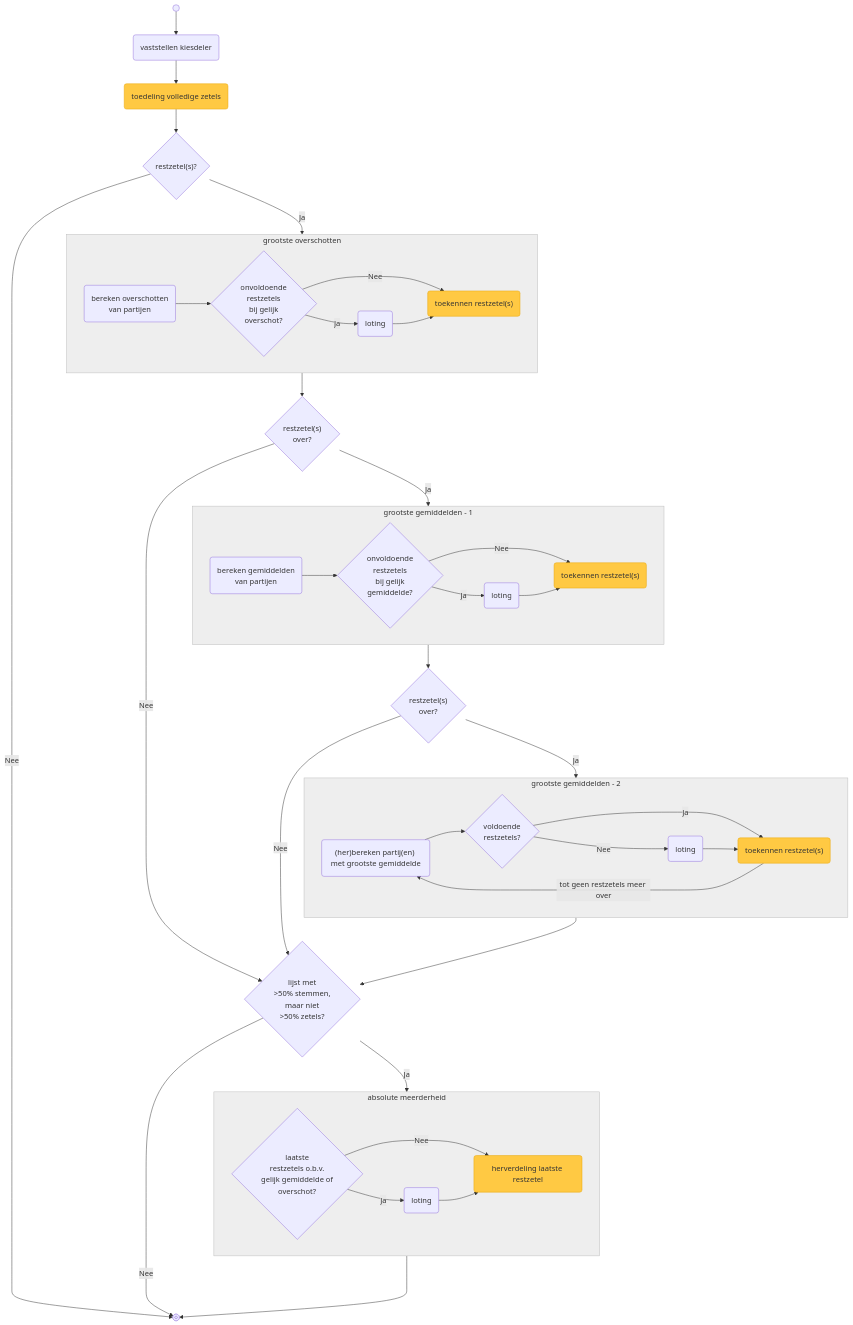
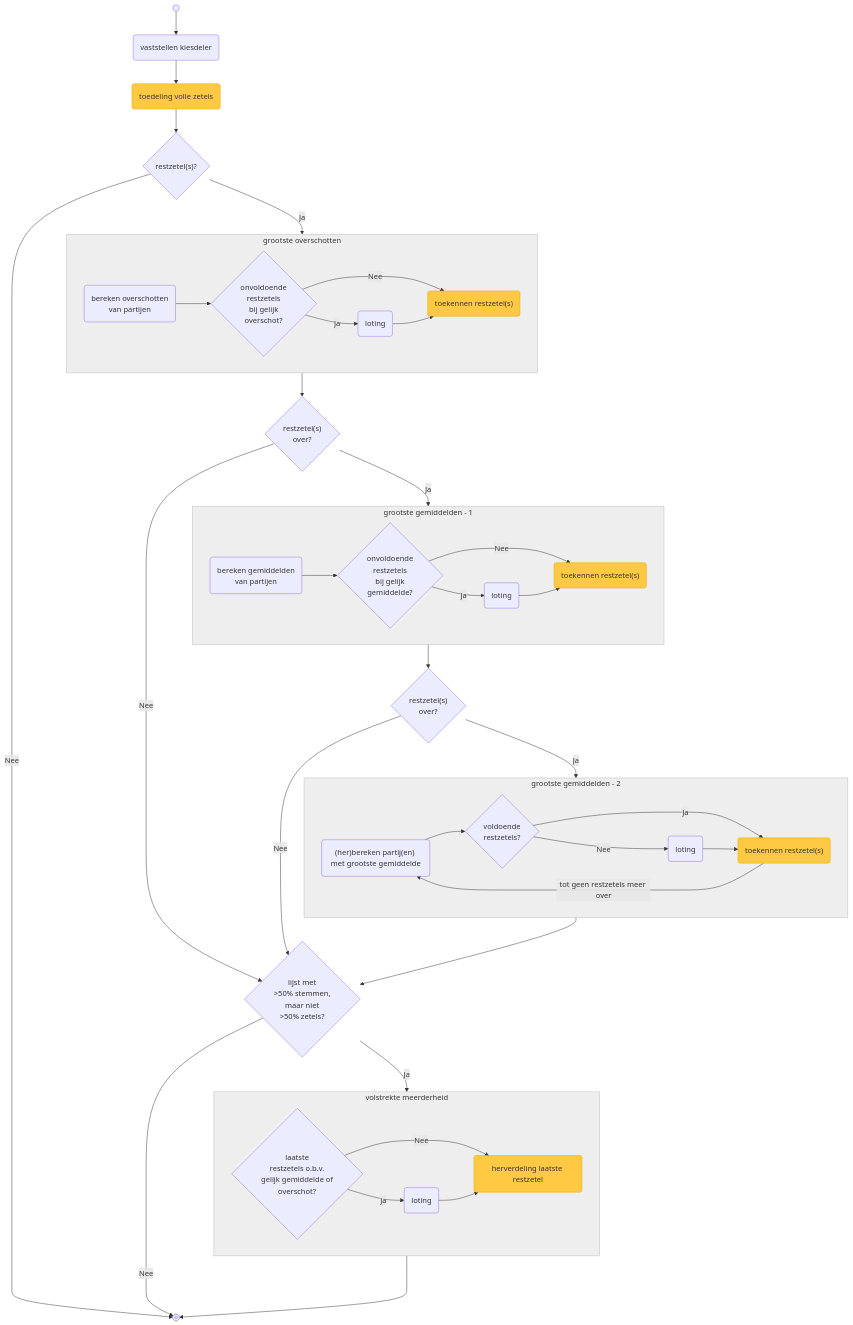
The second of 2 diagrams in verkiezingsproces/zetelverdeling-GR-flowchart.md (kiesraad/abacus-documentatie), drawn with Mermaid before and after one commit. The commit also changed other lines of this file, not shown here.

````diff
--- a/verkiezingsproces/zetelverdeling-GR-flowchart.md
+++ b/verkiezingsproces/zetelverdeling-GR-flowchart.md
@@ -81,8 +81,8 @@
     flow_end@{ shape: framed-circle, label: "end" }
 
     vaststellen_kiesdeler(vaststellen kiesdeler)
-    toedeling_volledige_zetels(toedeling volledige zetels)
-    class toedeling_volledige_zetels lijstuitputting
+    toedeling_volle_zetels(toedeling volle zetels)
+    class toedeling_volle_zetels lijstuitputting
 
     restzetels{"restzetel(s)?"}
 
@@ -110,15 +110,15 @@
 
     meerderheid_aan_stemmen_maar_niet_zetels{lijst met<br/>>50% stemmen,<br/>maar niet<br/>>50% zetels?}
     laatste_restzetels_obv_gelijk_gemiddelde_of_overschot{laatste<br/>restzetels o.b.v.<br/>gelijk gemiddelde of<br/>overschot?}
-    loting_absolute_meerderheid(loting)
+    loting_volstrekte_meerderheid(loting)
     herverdeling_laatste_restzetel(herverdeling laatste restzetel)
     class herverdeling_laatste_restzetel lijstuitputting
 
     %% flow
     flow_start --> vaststellen_kiesdeler
-    vaststellen_kiesdeler --> toedeling_volledige_zetels
+    vaststellen_kiesdeler --> toedeling_volle_zetels
 
-    toedeling_volledige_zetels --> restzetels
+    toedeling_volle_zetels --> restzetels
     restzetels --->|Nee| flow_end
     restzetels -->|Ja| grootste_overschotten
 
@@ -160,16 +160,16 @@
 
     grootste_gemiddelden_2 --> meerderheid_aan_stemmen_maar_niet_zetels
 
-    meerderheid_aan_stemmen_maar_niet_zetels -->|Ja| absolute_meerderheid
+    meerderheid_aan_stemmen_maar_niet_zetels -->|Ja| volstrekte_meerderheid
     meerderheid_aan_stemmen_maar_niet_zetels --->|Nee| flow_end
 
-    subgraph absolute_meerderheid["absolute meerderheid"]
+    subgraph volstrekte_meerderheid["volstrekte meerderheid"]
         direction LR
-        laatste_restzetels_obv_gelijk_gemiddelde_of_overschot -->|Ja| loting_absolute_meerderheid
+        laatste_restzetels_obv_gelijk_gemiddelde_of_overschot -->|Ja| loting_volstrekte_meerderheid
         laatste_restzetels_obv_gelijk_gemiddelde_of_overschot -->|Nee| herverdeling_laatste_restzetel
-        loting_absolute_meerderheid --> herverdeling_laatste_restzetel
+        loting_volstrekte_meerderheid --> herverdeling_laatste_restzetel
     end
-    class absolute_meerderheid greyFill;
+    class volstrekte_meerderheid greyFill;
 
-    absolute_meerderheid ---> flow_end
+    volstrekte_meerderheid ---> flow_end
 ```
````
